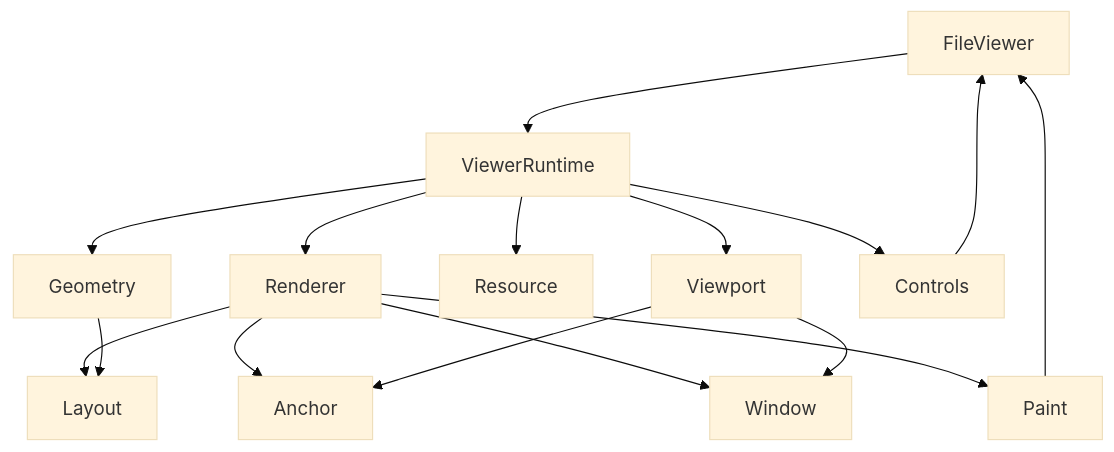
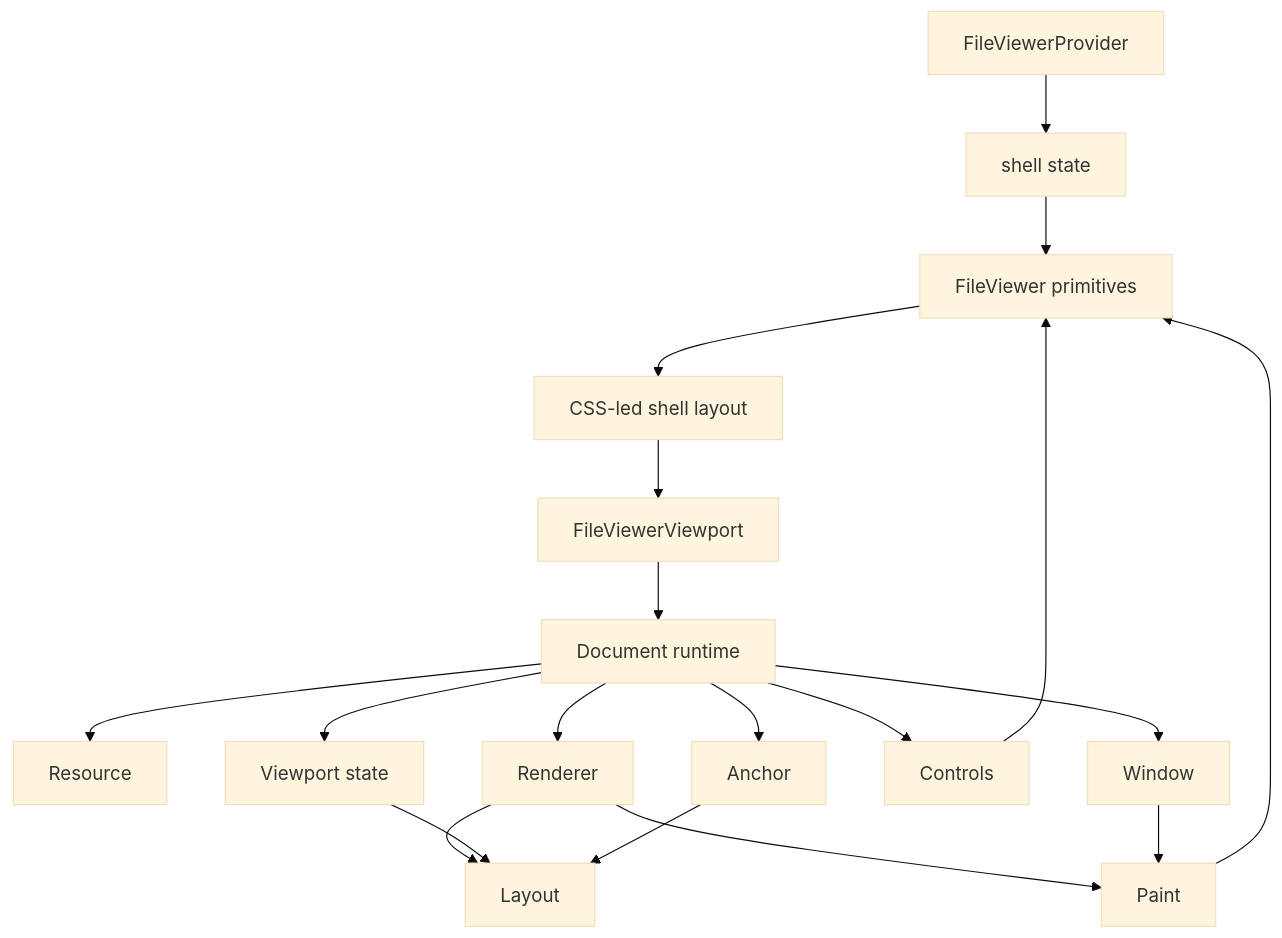
Diagram 27 of 27 in design/universal-file-viewer-greenfield-blueprint.md (retab-dev/retab-ui), drawn with Mermaid (base theme) before and after one commit. The commit also changed other lines of this file and 209 other files, not shown here.

````diff
--- a/design/universal-file-viewer-greenfield-blueprint.md
+++ b/design/universal-file-viewer-greenfield-blueprint.md
@@ -980,20 +1071,23 @@
 ```mermaid
 flowchart TD
-  FileViewer["FileViewer"] --> Runtime["ViewerRuntime"]
-  Runtime --> Geometry["Geometry"]
-  Runtime --> Viewport["Viewport"]
+  Provider["FileViewerProvider"] --> ShellState["shell state"]
+  ShellState --> FileViewer["FileViewer primitives"]
+  FileViewer --> CssShell["CSS-led shell layout"]
+  CssShell --> Viewport["FileViewerViewport"]
+  Viewport --> Runtime["Document runtime"]
+
   Runtime --> Resource["Resource"]
+  Runtime --> ViewportState["Viewport state"]
+  Runtime --> Anchor["Anchor"]
+  Runtime --> Window["Window"]
+  Runtime --> Controls["Controls"]
   Runtime --> Renderer["Renderer"]
-  Runtime --> Controls["Controls"]
-
   Renderer --> Layout["Layout"]
-  Renderer --> Anchor["Anchor"]
-  Renderer --> Window["Window"]
   Renderer --> Paint["Paint"]
 
-  Geometry --> Layout
-  Viewport --> Anchor
-  Viewport --> Window
+  ViewportState --> Layout
+  Anchor --> Layout
+  Window --> Paint
   Controls --> FileViewer
   Paint --> FileViewer
 ```
````
